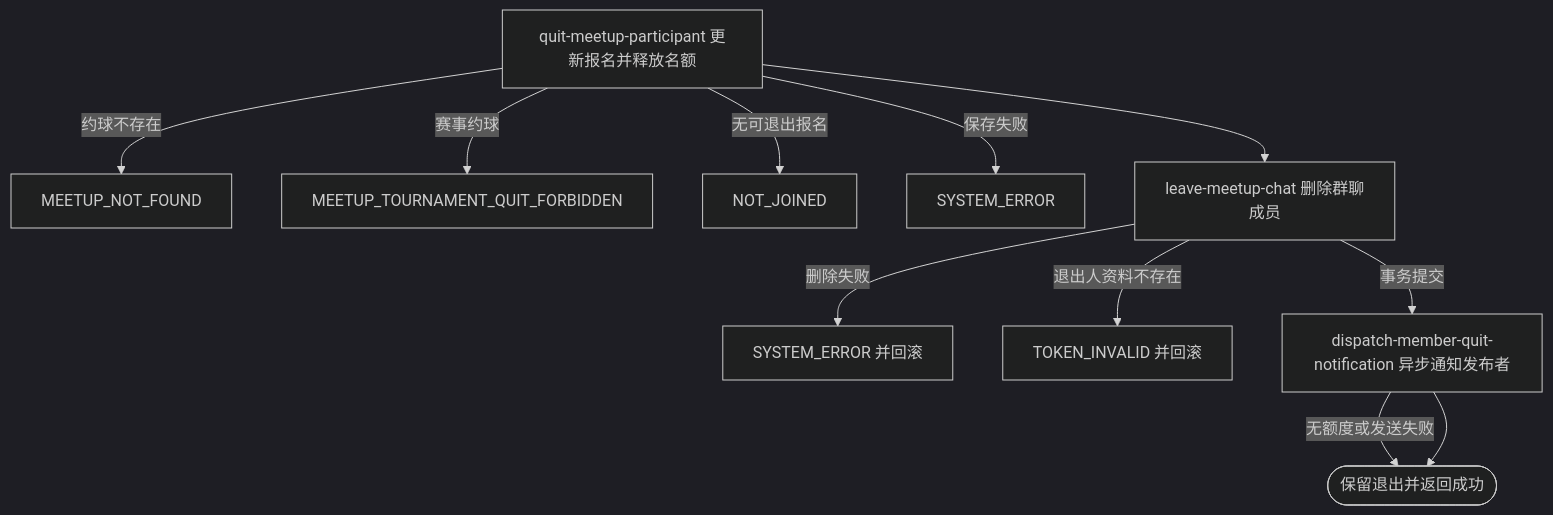
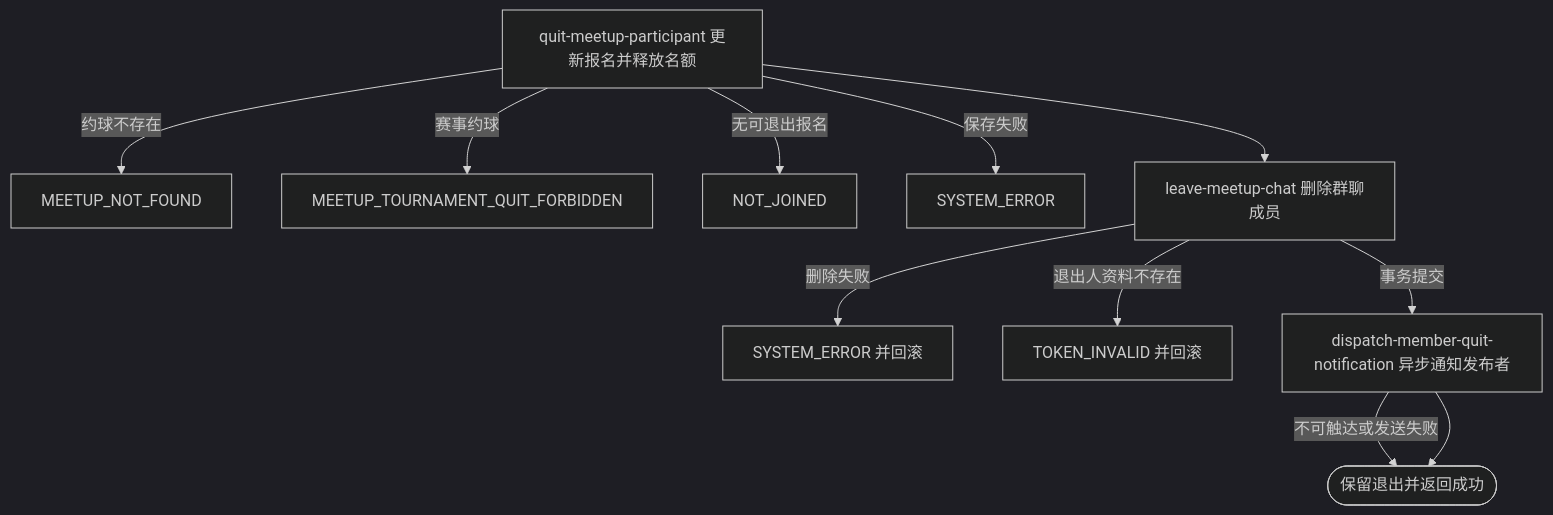
One commit to chxt100016/Rally changed the diagram in blueprint/spec/meetup/meetup-quit/quit-meetup.md. Above: the diagram before and after it, drawn with Mermaid (dark theme). The commit also changed other lines of this file and 170 other files, not shown here.

````diff
--- a/blueprint/spec/meetup/meetup-quit/quit-meetup.md
+++ b/blueprint/spec/meetup/meetup-quit/quit-meetup.md
@@ -35,13 +35,13 @@
 ```mermaid
 flowchart TD
     A[quit-meetup-participant 更新报名并释放名额] -->|约球不存在| E1[MEETUP_NOT_FOUND]
     A -->|赛事约球| E2[MEETUP_TOURNAMENT_QUIT_FORBIDDEN]
     A -->|无可退出报名| E3[NOT_JOINED]
     A -->|保存失败| E4[SYSTEM_ERROR]
     A --> B[leave-meetup-chat 删除群聊成员]
     B -->|删除失败| E5[SYSTEM_ERROR 并回滚]
     B -->|退出人资料不存在| E6[TOKEN_INVALID 并回滚]
     B -->|事务提交| C[dispatch-member-quit-notification 异步通知发布者]
-    C -->|无额度或发送失败| S([保留退出并返回成功])
+    C -->|不可触达或发送失败| S([保留退出并返回成功])
     C --> S
 ```
````
